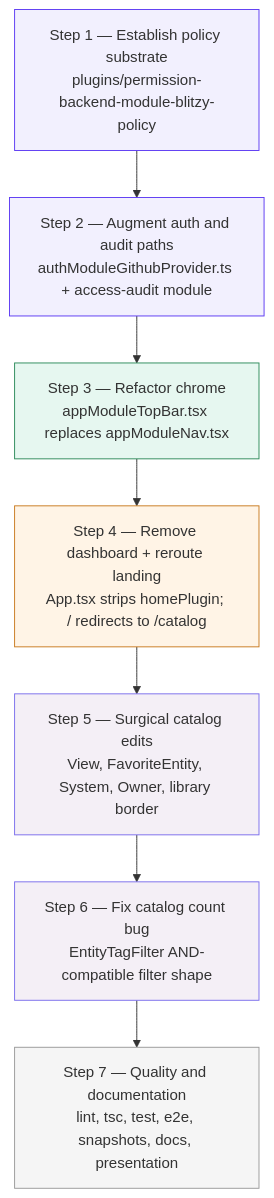
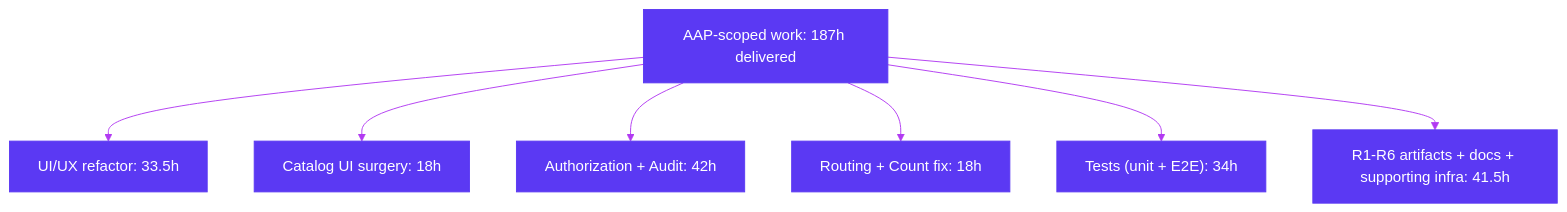
Before and after one commit to Blitzy-Sandbox/blitzy-sandbox-backstage: the fourth of 4 diagrams in blitzy/documentation/Project Guide.md, drawn with Mermaid. The commit also changed other lines of this file, not shown here.

Commit message:
Adding Blitzy Project Guide: Project Status and Human Tasks Remaining

````diff
--- a/blitzy/documentation/Project Guide.md
+++ b/blitzy/documentation/Project Guide.md
@@ -435,20 +284,17 @@
 ```mermaid
-flowchart TD
-    %% Legend: blue = Workstream C (auth/audit); green = Workstream A (chrome); orange = Workstream D (routing/count); purple = Workstream B (catalog UI); grey = quality gate
-    A[Step 1 — Establish policy substrate<br/>plugins/permission-backend-module-blitzy-policy] --> B[Step 2 — Augment auth and audit paths<br/>authModuleGithubProvider.ts + access-audit module]
-    B --> C[Step 3 — Refactor chrome<br/>appModuleTopBar.tsx replaces appModuleNav.tsx]
-    C --> D[Step 4 — Remove dashboard + reroute landing<br/>App.tsx strips homePlugin; / redirects to /catalog]
-    D --> E[Step 5 — Surgical catalog edits<br/>View, FavoriteEntity, System, Owner, library border]
-    E --> F[Step 6 — Fix catalog count bug<br/>EntityTagFilter AND-compatible filter shape]
-    F --> G[Step 7 — Quality and documentation<br/>lint, tsc, test, e2e, snapshots, docs, presentation]
-    classDef workstreamC fill:#F2F0FE,stroke:#5B39F3,color:#333333
-    classDef workstreamA fill:#E6F7F0,stroke:#2D8B5A,color:#333333
-    classDef workstreamD fill:#FFF4E6,stroke:#C97A1F,color:#333333
-    classDef workstreamB fill:#F4EFF6,stroke:#7A6DEC,color:#333333
-    classDef quality fill:#F5F5F5,stroke:#999999,color:#333333
-    class A,B workstreamC
-    class C workstreamA
-    class D workstreamD
-    class E,F workstreamB
-    class G quality
+%%{init: {"themeVariables": {"primaryColor": "#5B39F3", "primaryTextColor": "#FFFFFF", "primaryBorderColor": "#5B39F3", "lineColor": "#B23AF2", "secondaryColor": "#A8FDD9"}}}%%
+graph TB
+    A["AAP-scoped work: 187h delivered"] --> B["UI/UX refactor: 33.5h"]
+    A --> C["Catalog UI surgery: 18h"]
+    A --> D["Authorization + Audit: 42h"]
+    A --> E["Routing + Count fix: 18h"]
+    A --> F["Tests (unit + E2E): 34h"]
+    A --> G["R1-R6 artifacts + docs + supporting infra: 41.5h"]
+    style A fill:#5B39F3,stroke:#5B39F3,color:#FFFFFF
+    style B fill:#5B39F3,stroke:#5B39F3,color:#FFFFFF
+    style C fill:#5B39F3,stroke:#5B39F3,color:#FFFFFF
+    style D fill:#5B39F3,stroke:#5B39F3,color:#FFFFFF
+    style E fill:#5B39F3,stroke:#5B39F3,color:#FFFFFF
+    style F fill:#5B39F3,stroke:#5B39F3,color:#FFFFFF
+    style G fill:#5B39F3,stroke:#5B39F3,color:#FFFFFF
 ```
````
